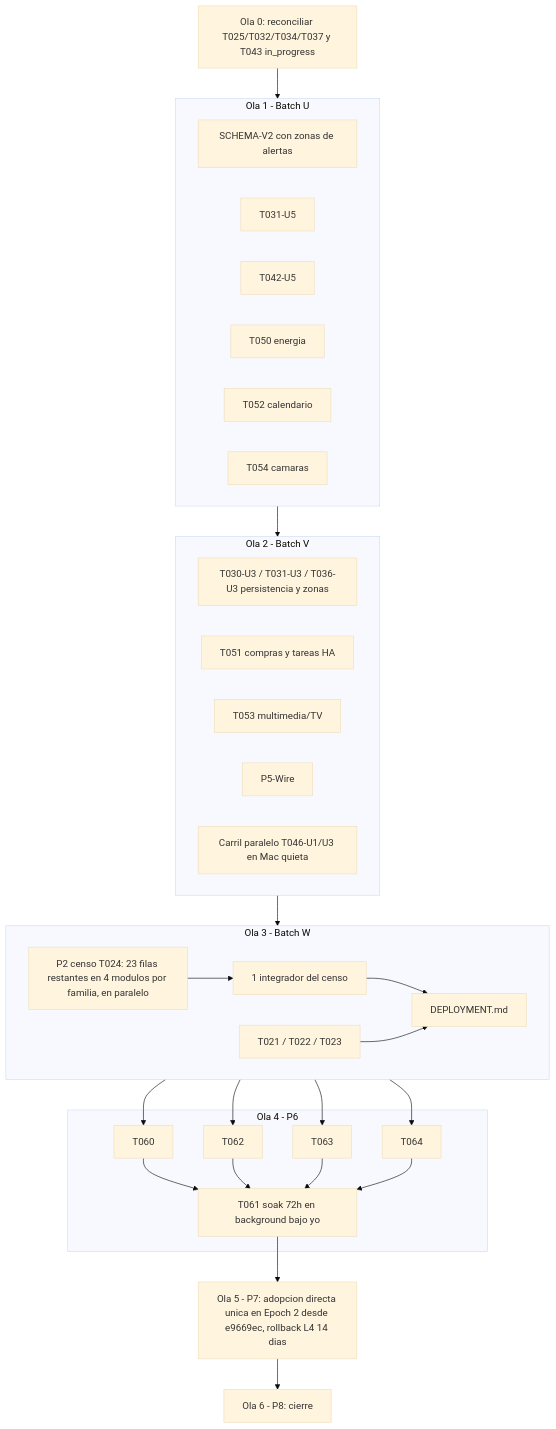
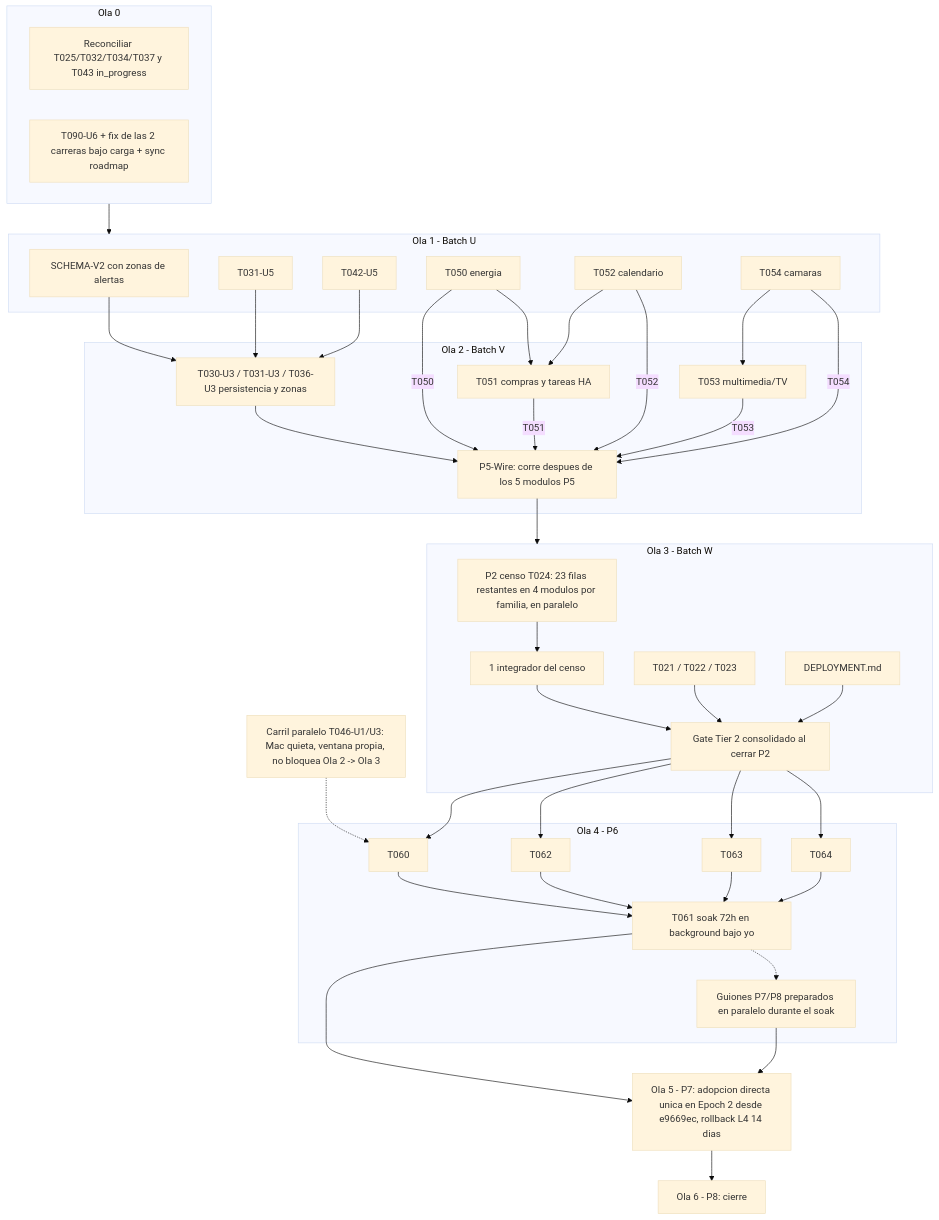
One commit to mastar02/kza changed the diagram in docs/plans/2026-11-21-precedence-roadmap-and-test-strategy.md. Above: the diagram before and after it, drawn with Mermaid (base theme). The commit also changed other lines of this file and 1 other file, not shown here.

Commit message:
docs(roadmap): Ola 0 R2 - Q1/Q2/Q3/Q5/Q6/Q7/Q8 fidelity, Tier 2 gates, P5-Wire graph, T037 Q22

````diff
--- a/docs/plans/2026-11-21-precedence-roadmap-and-test-strategy.md
+++ b/docs/plans/2026-11-21-precedence-roadmap-and-test-strategy.md
@@ -13,50 +15,70 @@
 ```mermaid
 flowchart TD
-  O0["Ola 0: reconciliar T025/T032/T034/T037 y T043 in_progress"]
+  subgraph O0["Ola 0"]
+    R0["Reconciliar T025/T032/T034/T037 y T043 in_progress"]
+    T6["T090-U6 + fix de las 2 carreras bajo carga + sync roadmap"]
+  end
   subgraph O1["Ola 1 - Batch U"]
     U1["SCHEMA-V2 con zonas de alertas"]
     U2["T031-U5"]
     U3["T042-U5"]
     U4["T050 energia"]
     U5["T052 calendario"]
     U6["T054 camaras"]
   end
   subgraph O2["Ola 2 - Batch V"]
     V1["T030-U3 / T031-U3 / T036-U3 persistencia y zonas"]
     V2["T051 compras y tareas HA"]
     V3["T053 multimedia/TV"]
-    V4["P5-Wire"]
-    V5["Carril paralelo T046-U1/U3 en Mac quieta"]
+    PW["P5-Wire: corre despues de los 5 modulos P5"]
   end
+  Q["Carril paralelo T046-U1/U3: Mac quieta, ventana propia, no bloquea Ola 2 -> Ola 3"]
   subgraph O3["Ola 3 - Batch W"]
     W1["P2 censo T024: 23 filas restantes en 4 modulos por familia, en paralelo"]
     W2["1 integrador del censo"]
     W3["T021 / T022 / T023"]
     W4["DEPLOYMENT.md"]
+    G2["Gate Tier 2 consolidado al cerrar P2"]
   end
   subgraph O4["Ola 4 - P6"]
     P60["T060"]
     P62["T062"]
     P63["T063"]
     P64["T064"]
     P61["T061 soak 72h en background bajo yo"]
+    SC["Guiones P7/P8 preparados en paralelo durante el soak"]
   end
   P7["Ola 5 - P7: adopcion directa unica en Epoch 2 desde e9669ec, rollback L4 14 dias"]
   P8["Ola 6 - P8: cierre"]
   O0 --> O1
-  O1 --> O2
-  O2 --> O3
+  U1 --> V1
+  U2 --> V1
+  U3 --> V1
+  U4 --> V2
+  U5 --> V2
+  U6 --> V3
+  V1 --> PW
+  U4 -- "T050" --> PW
+  V2 -- "T051" --> PW
+  U5 -- "T052" --> PW
+  V3 -- "T053" --> PW
+  U6 -- "T054" --> PW
+  PW --> O3
+  Q -.-> P60
   W1 --> W2
-  W2 --> W4
-  W3 --> W4
-  O3 --> P60
-  O3 --> P62
-  O3 --> P63
-  O3 --> P64
+  W2 --> G2
+  W3 --> G2
+  W4 --> G2
+  G2 --> P60
+  G2 --> P62
+  G2 --> P63
+  G2 --> P64
   P60 --> P61
   P62 --> P61
   P63 --> P61
   P64 --> P61
   P61 --> P7
+  P61 -.-> SC
+  SC --> P7
   P7 --> P8
 ```
````
